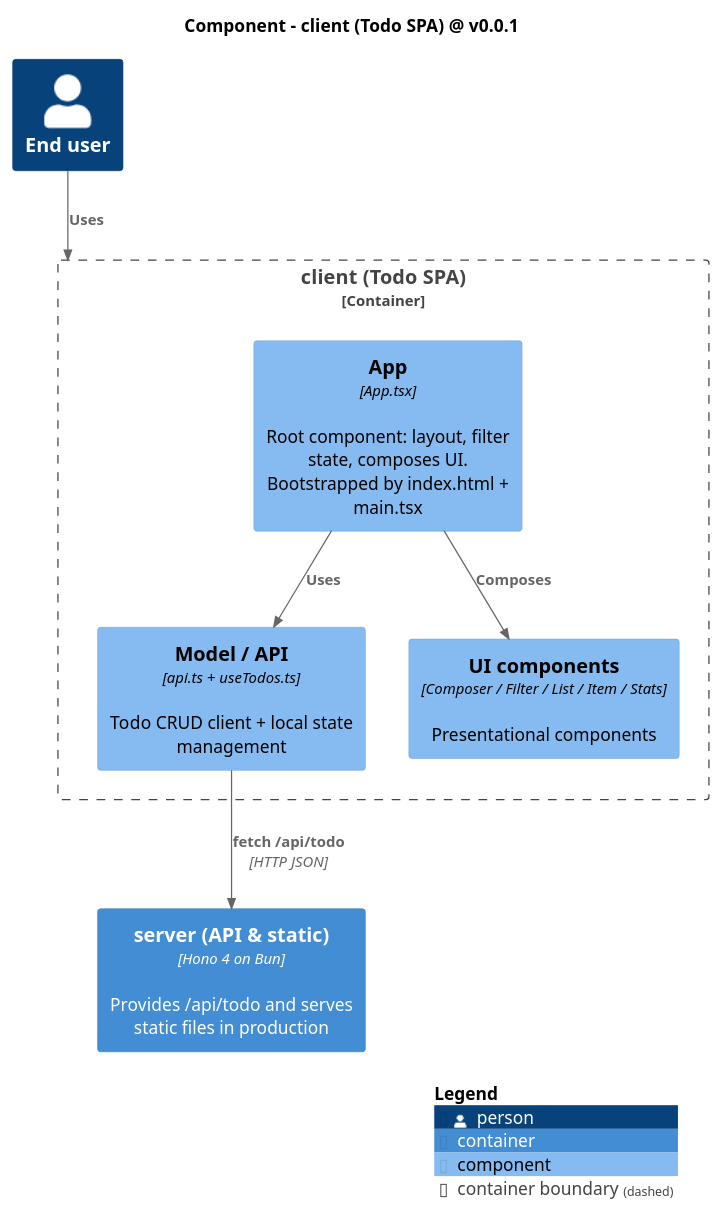
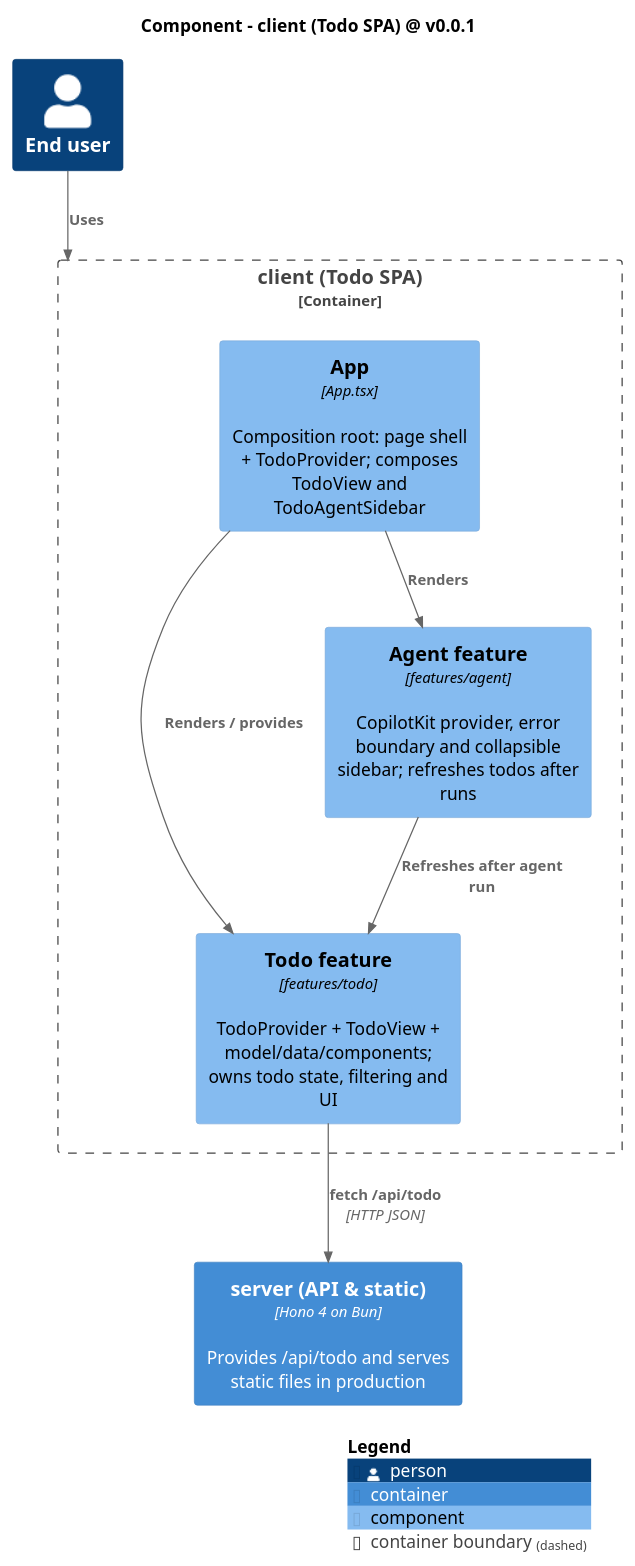
The diagram in docs/architecture/diagrams/03a-component-client.puml (MemoryIt/todo), drawn with PlantUML before and after one commit. The commit also changed 3 other files, not shown here.

Commit message:
docs(architecture): align client diagrams with feature modules

```diff
--- a/docs/architecture/diagrams/03a-component-client.puml
+++ b/docs/architecture/diagrams/03a-component-client.puml
@@ -1,20 +1,21 @@
 @startuml
 !include <C4/C4_Component>
 title Component - client (Todo SPA) @ v0.0.1
 
 Person(user, "End user")
 Container(server, "server (API & static)", "Hono 4 on Bun", "Provides /api/todo and serves static files in production")
 
 Container_Boundary(c, "client (Todo SPA)") {
-  Component(app, "App", "App.tsx", "Root component: layout, filter state, composes UI. Bootstrapped by index.html + main.tsx")
-  Component(model, "Model / API", "api.ts + useTodos.ts", "Todo CRUD client + local state management")
-  Component(ui, "UI components", "Composer / Filter / List / Item / Stats", "Presentational components")
+  Component(app, "App", "App.tsx", "Composition root: page shell + TodoProvider; composes TodoView and TodoAgentSidebar")
+  Component(todo, "Todo feature", "features/todo", "TodoProvider + TodoView + model/data/components; owns todo state, filtering and UI")
+  Component(agent, "Agent feature", "features/agent", "CopilotKit provider, error boundary and collapsible sidebar; refreshes todos after runs")
 }
 
 Rel(user, c, "Uses")
-Rel(app, model, "Uses")
-Rel(app, ui, "Composes")
-Rel(model, server, "fetch /api/todo", "HTTP JSON")
+Rel(app, todo, "Renders / provides")
+Rel(app, agent, "Renders")
+Rel(agent, todo, "Refreshes after agent run")
+Rel(todo, server, "fetch /api/todo", "HTTP JSON")
 
 SHOW_LEGEND()
 @enduml
```
